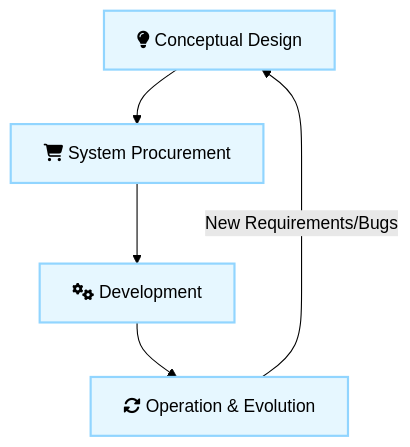
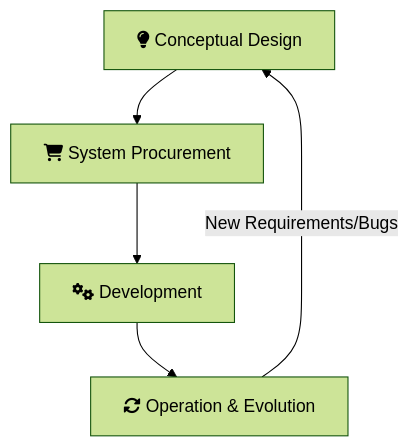
One commit to sujith-eag/sujith-library changed the first of 3 diagrams in docs/mca/se/u12/u12.md. Above: the diagram before and after it, drawn with Mermaid (forest theme). The commit also changed other lines of this file and 41 other files, not shown here.

First line of the commit message:
Refactor diagrams and remove redundant styles in documentation

````diff
--- a/docs/mca/se/u12/u12.md
+++ b/docs/mca/se/u12/u12.md
@@ -9,10 +9,8 @@
 ```mermaid
 graph TD
-    classDef stage fill:#e6f7ff,stroke:#91d5ff,stroke-width:2px;
-    classDef feedback fill:#fffbe6,stroke:#ffe58f;
 
     A[fa:fa-lightbulb Conceptual Design]:::stage --> B[fa:fa-shopping-cart System Procurement]:::stage;
     B --> C[fa:fa-cogs Development]:::stage;
     C --> D[fa:fa-sync-alt Operation & Evolution]:::stage;
     D -- "New Requirements/Bugs" --> A;
 ```
````
